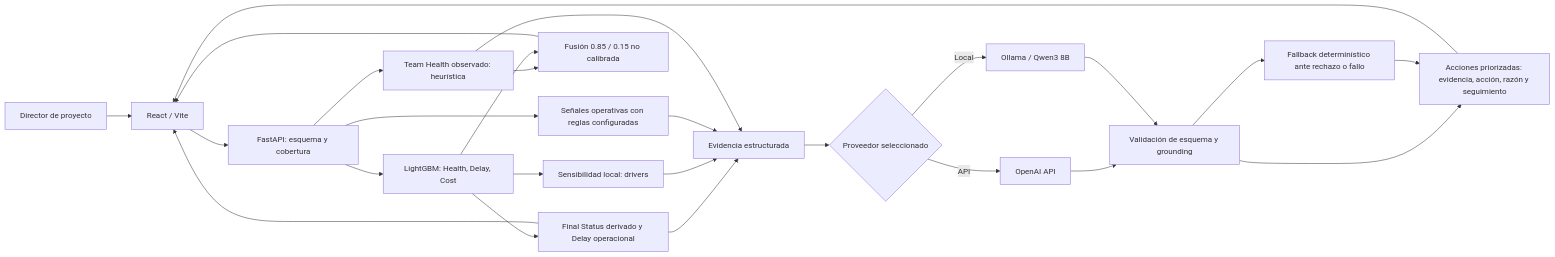
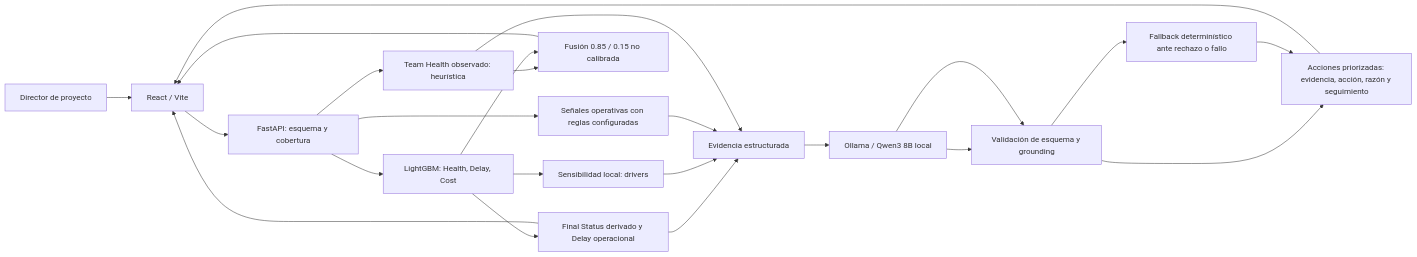
Before and after one commit to heiandavi-boop/tallerfina3: the first of 3 diagrams in docs/architecture.md, drawn with Mermaid. The commit also changed other lines of this file and 48 other files, not shown here.

First line of the commit message:
refactor: leave PRUNIN AI Core with Ollama-only local inference (#8)

````diff
--- a/docs/architecture.md
+++ b/docs/architecture.md
@@ -9,27 +9,25 @@
 ```mermaid
 flowchart LR
   U[Director de proyecto] --> R[React / Vite]
   R --> A[FastAPI: esquema y cobertura]
   A --> L[LightGBM: Health, Delay, Cost]
   L --> O[Final Status derivado y Delay operacional]
   A --> T[Team Health observado: heurística]
   L --> D[Sensibilidad local: drivers]
   T --> F[Fusión 0.85 / 0.15 no calibrada]
   L --> F
   O --> E[Evidencia estructurada]
   D --> E
   A --> S[Señales operativas con reglas configuradas]
   S --> E
   T --> E
-  E --> P{Proveedor seleccionado}
-  P -->|Local| Q[Ollama / Qwen3 8B]
-  P -->|API| G[OpenAI API]
-  G --> V[Validación de esquema y grounding]
+  E --> Q[Ollama / Qwen3 8B local]
+  Q --> V[Validación de esquema y grounding]
   Q --> V[Validación de esquema y grounding]
   V --> X[Acciones priorizadas: evidencia, acción, razón y seguimiento]
   V --> B[Fallback determinístico ante rechazo o fallo]
   B --> X
   O --> R
   F --> R
   X --> R
 ```
````
